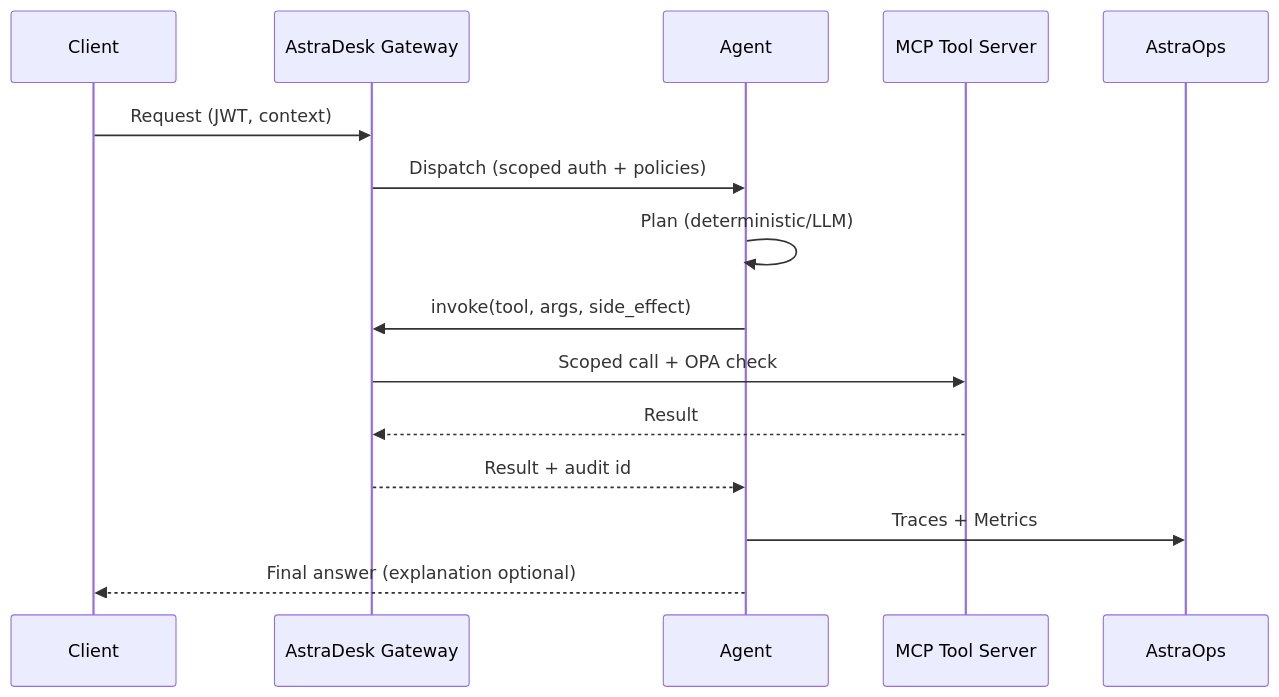
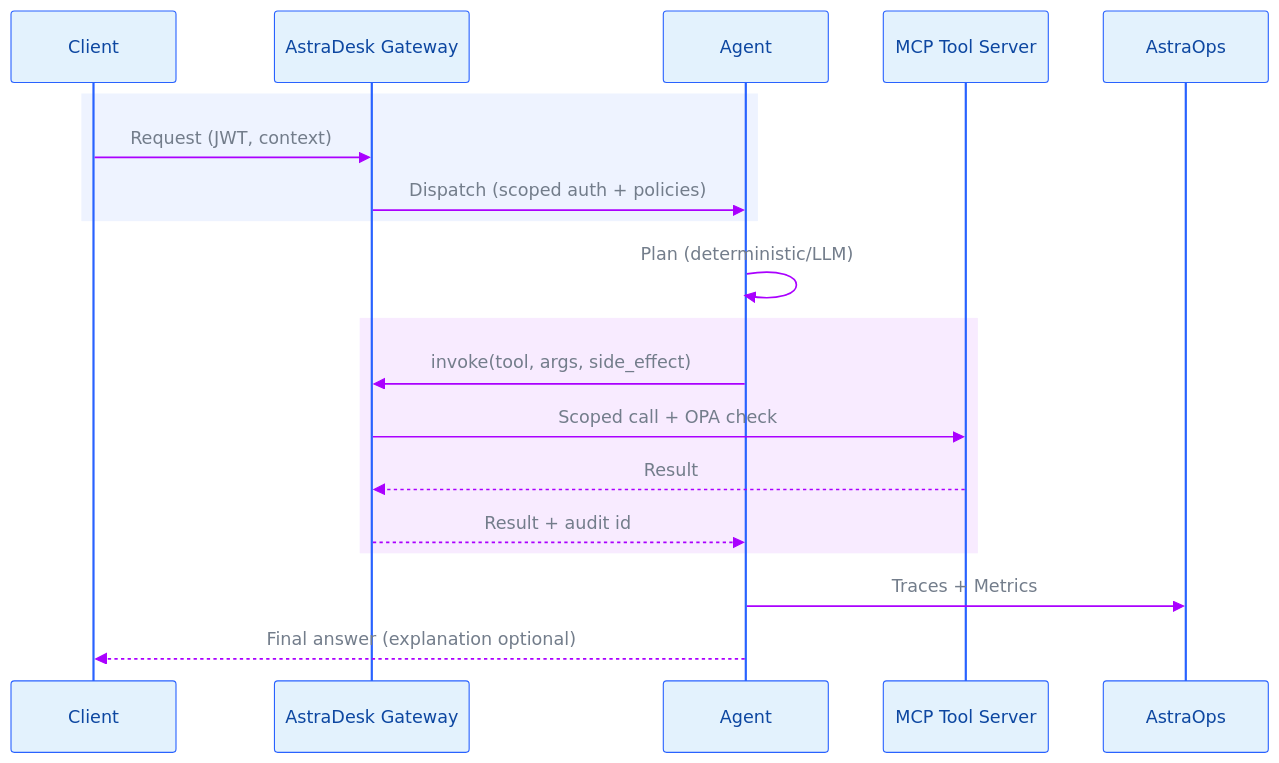
The second of 3 diagrams in docs/en/02_architecture_overview.md (SSobol77/astradesk), drawn with Mermaid before and after one commit. The commit also changed other lines of this file and 18 other files, not shown here.

`````diff
--- a/docs/en/02_architecture_overview.md
+++ b/docs/en/02_architecture_overview.md
@@ -126,18 +201,40 @@
 ```mermaid
+%%{
+  init: {
+    'theme': 'base',
+    'themeVariables': {
+      'actorBkg': '#E3F2FD',
+      'actorBorder': '#2962FF',
+      'actorTextColor': '#0D47A1',
+      'signalColor': '#AA00FF',
+      'signalTextColor': '#737d8bff',
+      'activationBkgColor': '#FFE082',
+      'activationBorderColor': '#FFAB00',
+      'background': '#FFFFFF'
+    }
+  }
+}%%
 sequenceDiagram
   participant C as Client
   participant GW as AstraDesk Gateway
   participant AG as Agent
   participant TS as MCP Tool Server
   participant OP as AstraOps
 
-  C->>GW: Request (JWT, context)
-  GW->>AG: Dispatch (scoped auth + policies)
+  rect rgba(41,98,255,0.08)
+    C->>GW: Request (JWT, context)
+    GW->>AG: Dispatch (scoped auth + policies)
+  end
+
   AG->>AG: Plan (deterministic/LLM)
-  AG->>GW: invoke(tool, args, side_effect)
-  GW->>TS: Scoped call + OPA check
-  TS-->>GW: Result
-  GW-->>AG: Result + audit id
+
+  rect rgba(170,0,255,0.08)
+    AG->>GW: invoke(tool, args, side_effect)
+    GW->>TS: Scoped call + OPA check
+    TS-->>GW: Result
+    GW-->>AG: Result + audit id
+  end
+
   AG->>OP: Traces + Metrics
   AG-->>C: Final answer (explanation optional)
-```
+````
`````
